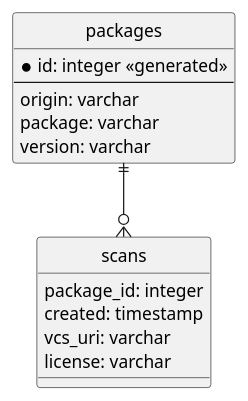
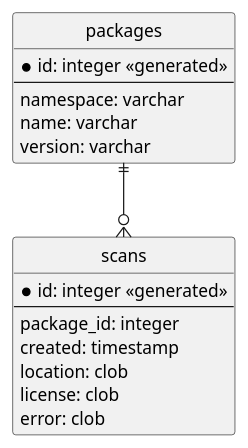
Before and after one commit to philips-software/license-scanner: the diagram in src/main/java/com/philips/research/licensescanner/persistence/schema.puml, drawn with PlantUML. The commit also changed 5 other files, not shown here.

```diff
--- a/src/main/java/com/philips/research/licensescanner/persistence/schema.puml
+++ b/src/main/java/com/philips/research/licensescanner/persistence/schema.puml
@@ -1,23 +1,26 @@
 @startuml
 
 ' Config ERD diagram
 hide circle
 skinparam linetype ortho
 
 entity packages {
     *id: integer <<generated>>
     ---
-    origin: varchar
-    package: varchar
+    namespace: varchar
+    name: varchar
     version: varchar
 }
 
 entity scans {
+    *id: integer <<generated>>
+    ---
     package_id: integer
     created: timestamp
-    vcs_uri: varchar
-    license: varchar
+    location: clob
+    license: clob
+    error: clob
 }
 
 packages ||--o{ scans
 @enduml
```
